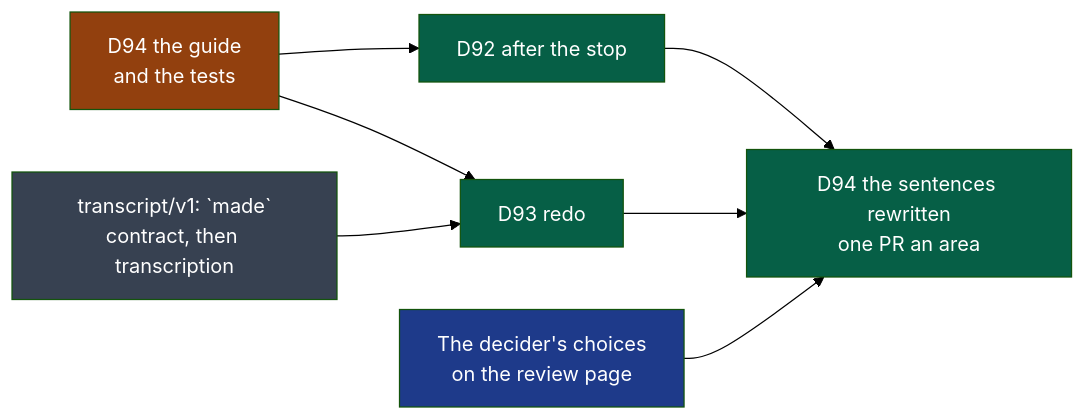
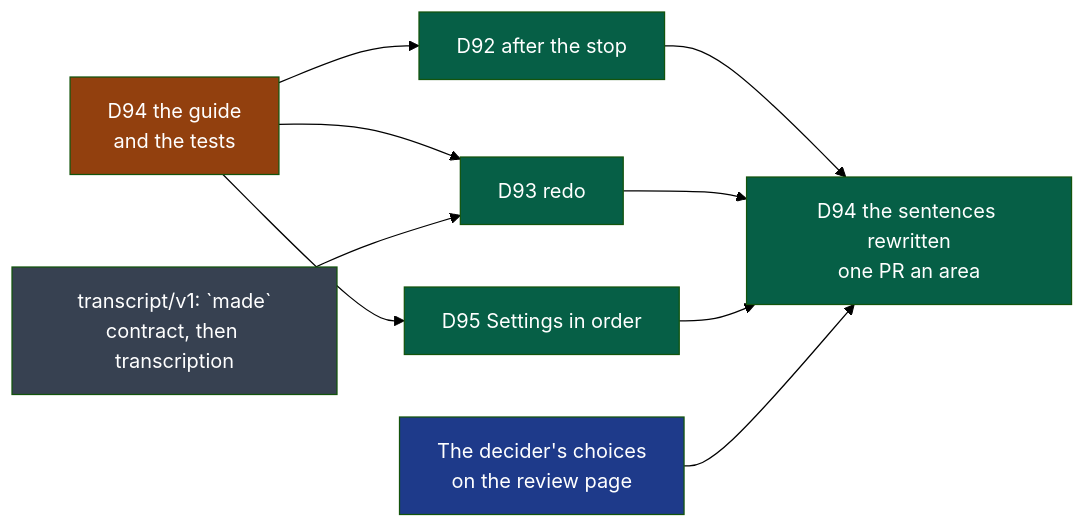
Before and after one commit to NapkinStack/kitokey: the second of 2 diagrams in docs/project/cycles/10-kitokey-ready-when-you-come-back.md, drawn with Mermaid (forest theme). The commit also changed other lines of this file, not shown here.

First line of the commit message:
Cycle 10: D95, Settings put in order — the decider's second word of 2026-11-13

````diff
--- a/docs/project/cycles/10-kitokey-ready-when-you-come-back.md
+++ b/docs/project/cycles/10-kitokey-ready-when-you-come-back.md
@@ -114,13 +129,15 @@
 ```mermaid
 flowchart LR
     G["D94 the guide<br/>and the tests"]:::first --> P["D92 after the stop"]:::build
     G --> R["D93 redo"]:::build
     C["transcript/v1: `made`<br/>contract, then transcription"]:::contract --> R
     P --> W["D94 the sentences rewritten<br/>one PR an area"]:::build
     R --> W
+    G --> S["D95 Settings in order"]:::build
+    S --> W
     Q["The decider's choices<br/>on the review page"]:::person --> W
     classDef first fill:#92400e,color:#fff
     classDef build fill:#065f46,color:#fff
     classDef contract fill:#374151,color:#fff
     classDef person fill:#1e3a8a,color:#fff
 ```
````
